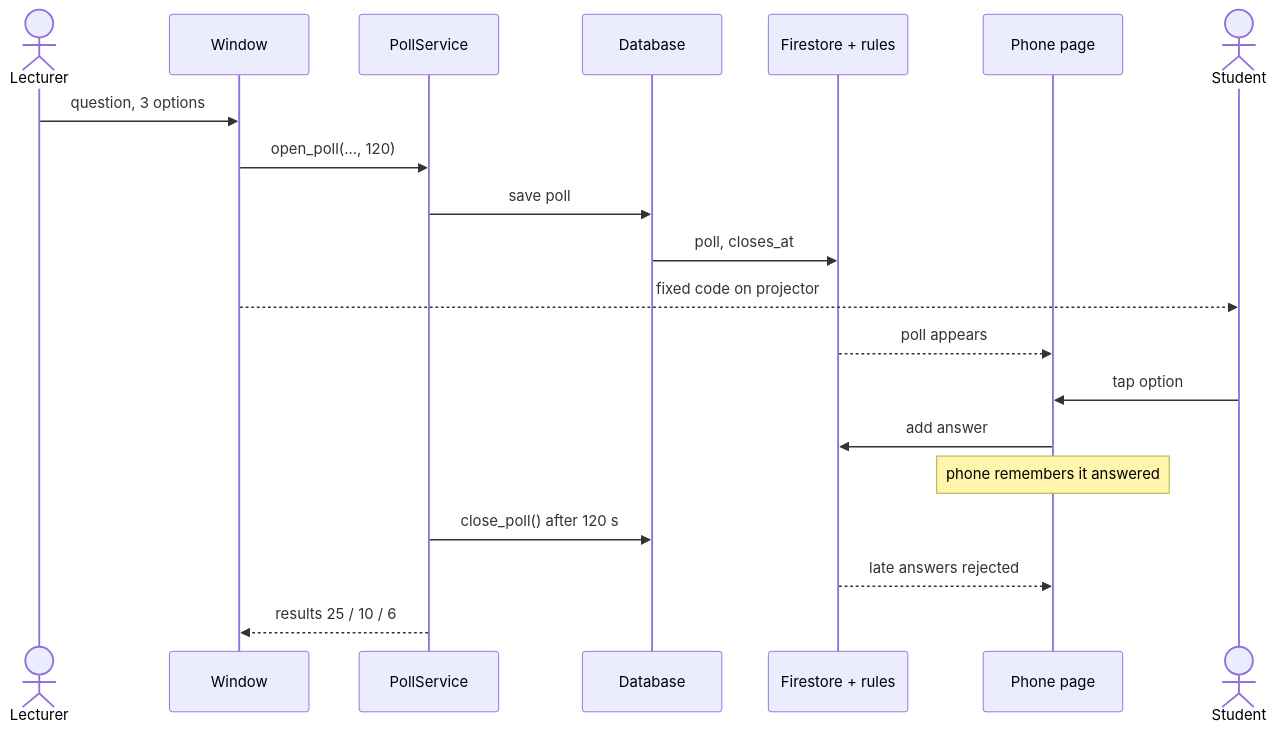
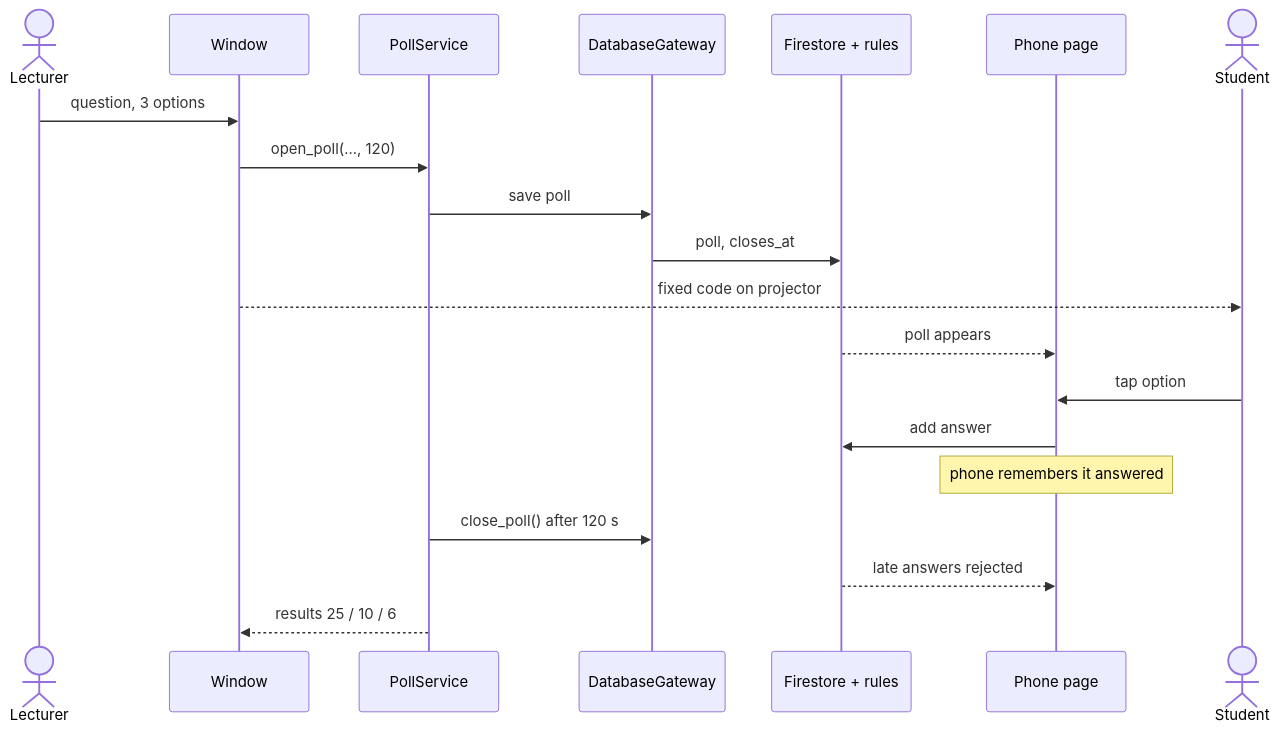
Before and after one commit to yonatanShoval/OOP_Exercise2: diagram 13 of 15 in docs/design.md, drawn with Mermaid. The commit also changed other lines of this file and 4 other files, not shown here.

First line of the commit message:
Step 8 fixes: LlmEngine name, dependency direction, DatabaseGateway, challenge data path

````diff
--- a/docs/design.md
+++ b/docs/design.md
@@ -507,22 +514,22 @@
 ```mermaid
 sequenceDiagram
     actor L as Lecturer
     participant W as Window
     participant Q as PollService
-    participant D as Database
+    participant D as DatabaseGateway
     participant F as Firestore + rules
     participant P as Phone page
     actor S as Student
     L->>W: question, 3 options
     W->>Q: open_poll(..., 120)
     Q->>D: save poll
     D->>F: poll, closes_at
     W-->>S: fixed code on projector
     F-->>P: poll appears
     S->>P: tap option
     P->>F: add answer
     Note over P: phone remembers it answered
     Q->>D: close_poll() after 120 s
     F-->>P: late answers rejected
     Q-->>W: results 25 / 10 / 6
 ```
````
